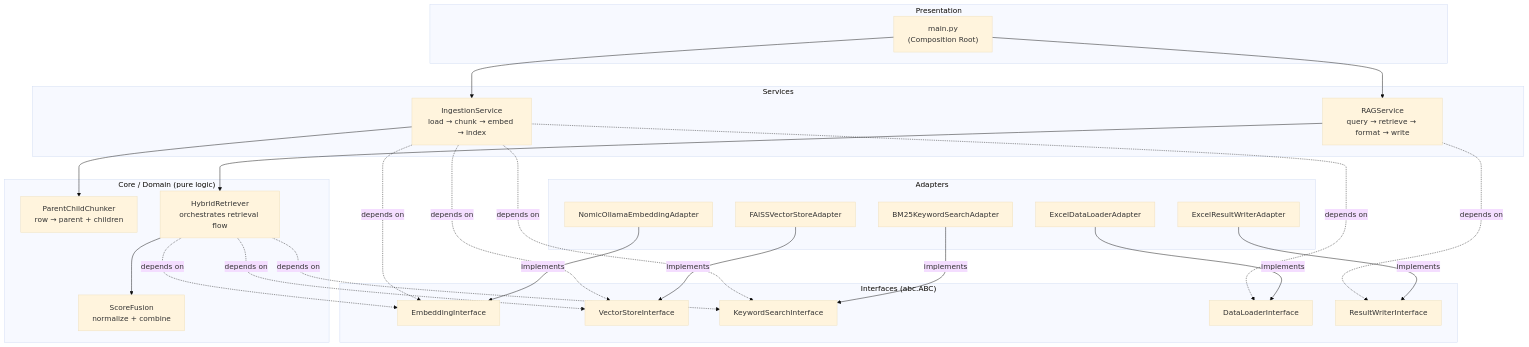
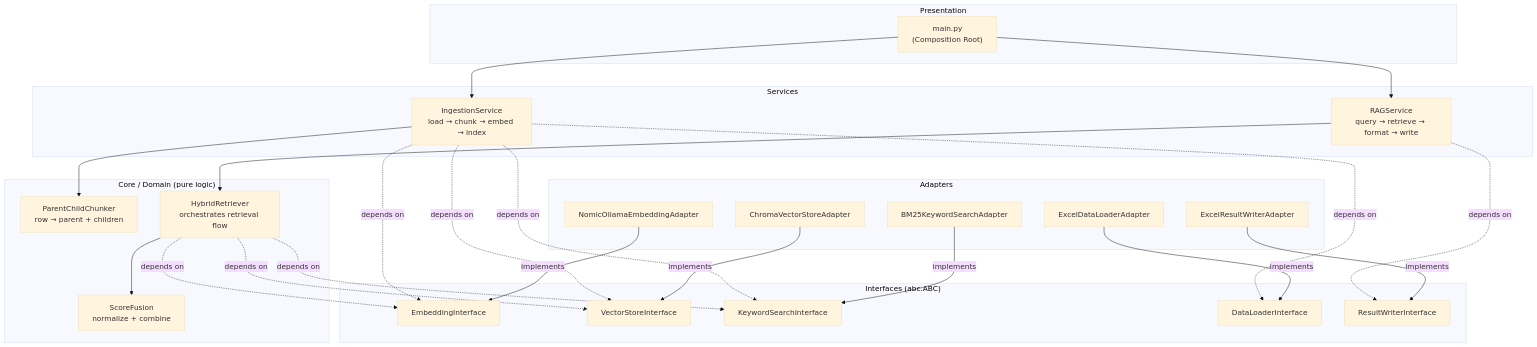
Before and after one commit to sreejamuvva2002/GNEM_RAG_Techniques: the first of 2 diagrams in simple_rag/README.md, drawn with Mermaid (base theme). The commit also changed other lines of this file and 91 other files, not shown here.

Commit message:
refactor: restructure project architecture by replacing adapter/service layers with simplified core modules and updated configuration

````diff
--- a/simple_rag/README.md
+++ b/simple_rag/README.md
@@ -11,53 +11,53 @@
 ```mermaid
 graph TD
     subgraph Presentation
         MAIN["main.py<br/>(Composition Root)"]
     end
 
     subgraph Services
         IS["IngestionService<br/>load → chunk → embed → index"]
         RS["RAGService<br/>query → retrieve → format → write"]
     end
 
     subgraph Core["Core / Domain (pure logic)"]
         CHUNK["ParentChildChunker<br/>row → parent + children"]
         HYBRID["HybridRetriever<br/>orchestrates retrieval flow"]
         FUSION["ScoreFusion<br/>normalize + combine"]
     end
 
     subgraph Interfaces["Interfaces (abc.ABC)"]
         EI["EmbeddingInterface"]
         VSI["VectorStoreInterface"]
         KSI["KeywordSearchInterface"]
         DLI["DataLoaderInterface"]
         RWI["ResultWriterInterface"]
     end
 
     subgraph Adapters
         NOMIC["NomicOllamaEmbeddingAdapter"]
-        FAISS["FAISSVectorStoreAdapter"]
+        CHROMA["ChromaVectorStoreAdapter"]
         BM25["BM25KeywordSearchAdapter"]
         EXCEL_L["ExcelDataLoaderAdapter"]
         EXCEL_W["ExcelResultWriterAdapter"]
     end
 
     MAIN --> IS
     MAIN --> RS
     IS --> CHUNK
     IS -.->|depends on| EI
     IS -.->|depends on| VSI
     IS -.->|depends on| KSI
     IS -.->|depends on| DLI
     RS --> HYBRID
     RS -.->|depends on| RWI
     HYBRID --> FUSION
     HYBRID -.->|depends on| EI
     HYBRID -.->|depends on| VSI
     HYBRID -.->|depends on| KSI
 
     NOMIC -->|implements| EI
-    FAISS -->|implements| VSI
+    CHROMA -->|implements| VSI
     BM25 -->|implements| KSI
     EXCEL_L -->|implements| DLI
     EXCEL_W -->|implements| RWI
 ```
````
